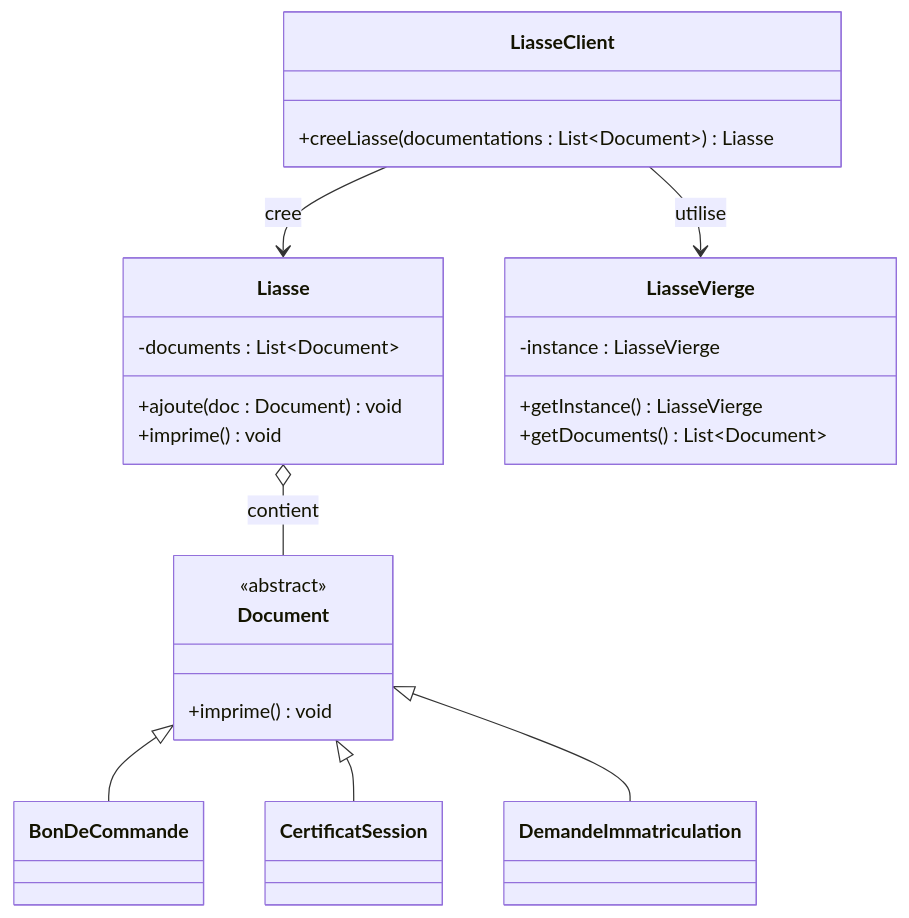
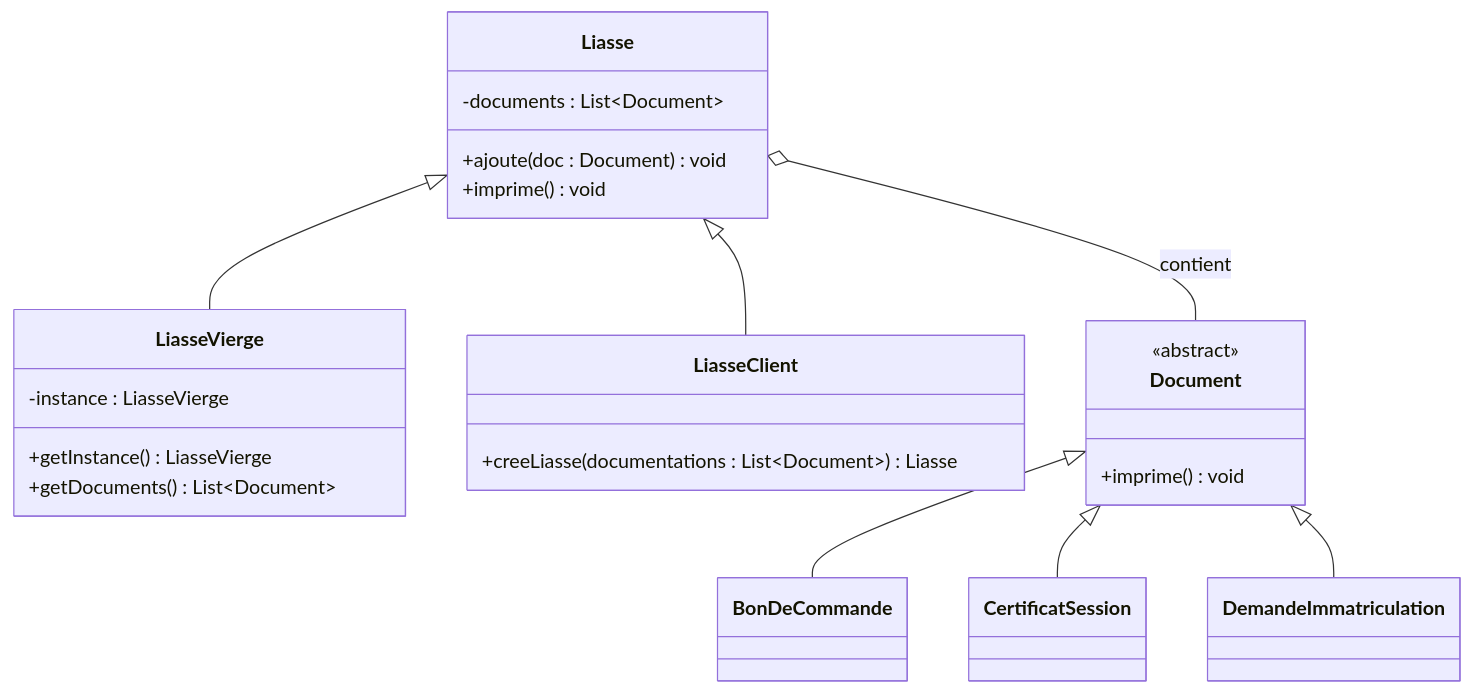
One commit to Maroua512/Singleton_Pattern changed the diagram in README.md. Above: the diagram before and after it, drawn with Mermaid. The commit also changed other lines of this file, not shown here.

````diff
--- a/README.md
+++ b/README.md
@@ -14,35 +14,35 @@
 ```mermaid
 classDiagram
     class Liasse {
         -documents : List~Document~
         +ajoute(doc : Document) void
         +imprime() void
     }
 
     class LiasseVierge {
         -instance : LiasseVierge
         +getInstance() LiasseVierge
         +getDocuments() List~Document~
     }
 
     class LiasseClient {
         +creeLiasse(documentations : List~Document~) Liasse
     }
 
     class Document {
         <<abstract>>
         +imprime() void
     }
 
     class BonDeCommande
     class CertificatSession
     class DemandeImmatriculation
 
     Document <|-- BonDeCommande
     Document <|-- CertificatSession
     Document <|-- DemandeImmatriculation
 
     Liasse o-- Document : contient
-    LiasseClient --> Liasse : cree
-    LiasseClient --> LiasseVierge : utilise
+    Liasse <|-- LiasseClient
+    Liasse <|-- LiasseVierge
 ```
````
